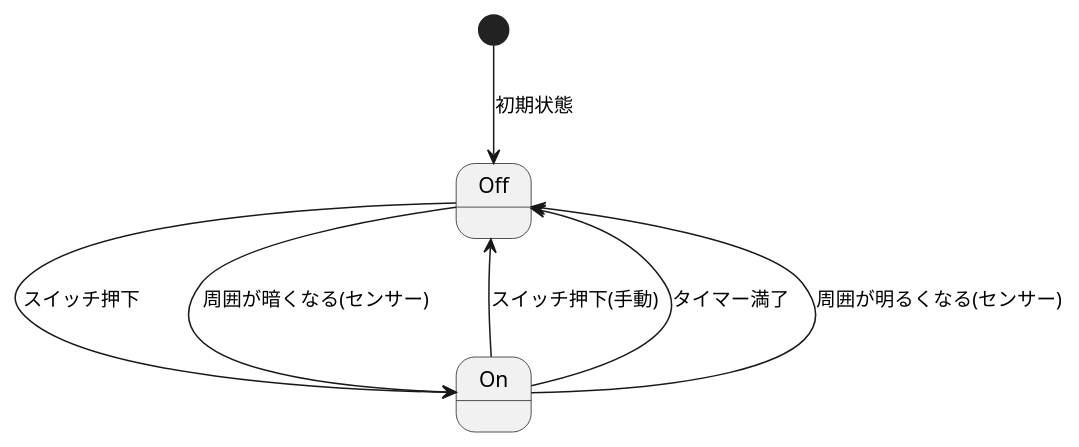
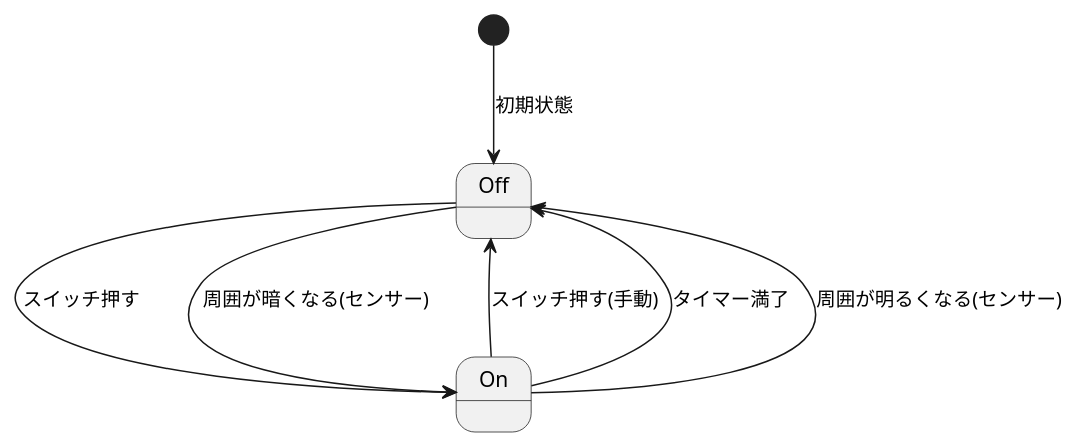
Before and after one commit to haivu29/Systemset: the diagram in rensyu3.puml, drawn with PlantUML.

Commit message:
第12回課題、練習３修正

```diff
--- a/rensyu3.puml
+++ b/rensyu3.puml
@@ -1,13 +1,13 @@
 @startuml
 
 
 [*] --> Off : 初期状態
 
-Off --> On : スイッチ押下
+Off --> On : スイッチ押す
 Off --> On : 周囲が暗くなる(センサー)
 
-On --> Off : スイッチ押下(手動)
+On --> Off : スイッチ押す(手動)
 On --> Off : タイマー満了 
 On --> Off : 周囲が明るくなる(センサー)
 
 @enduml
```
